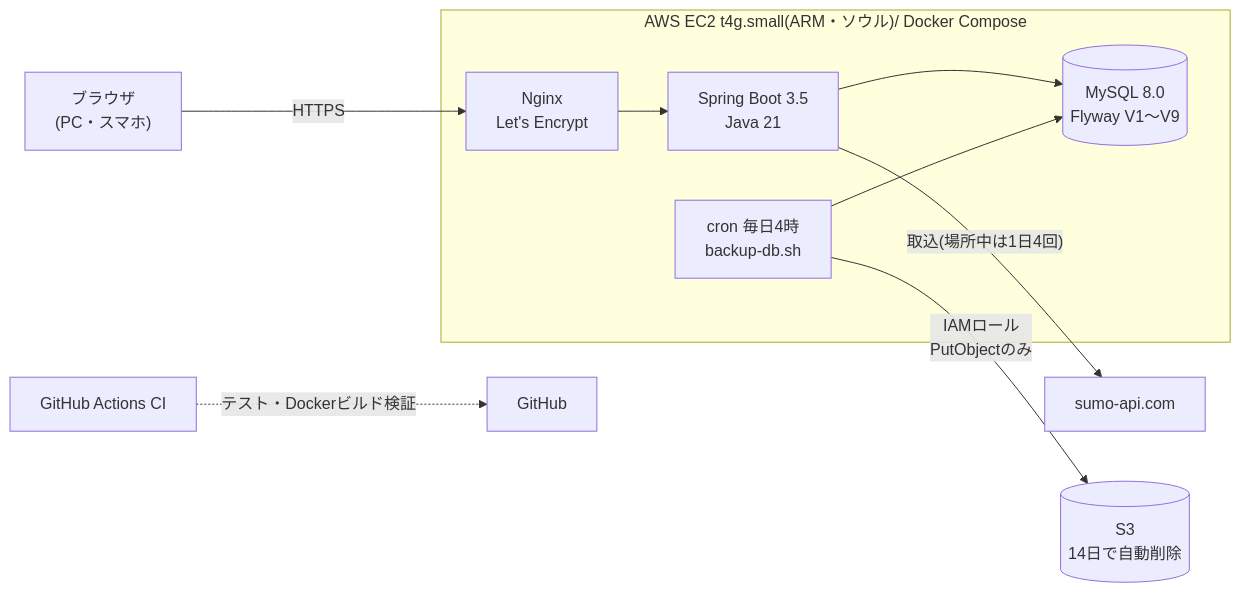
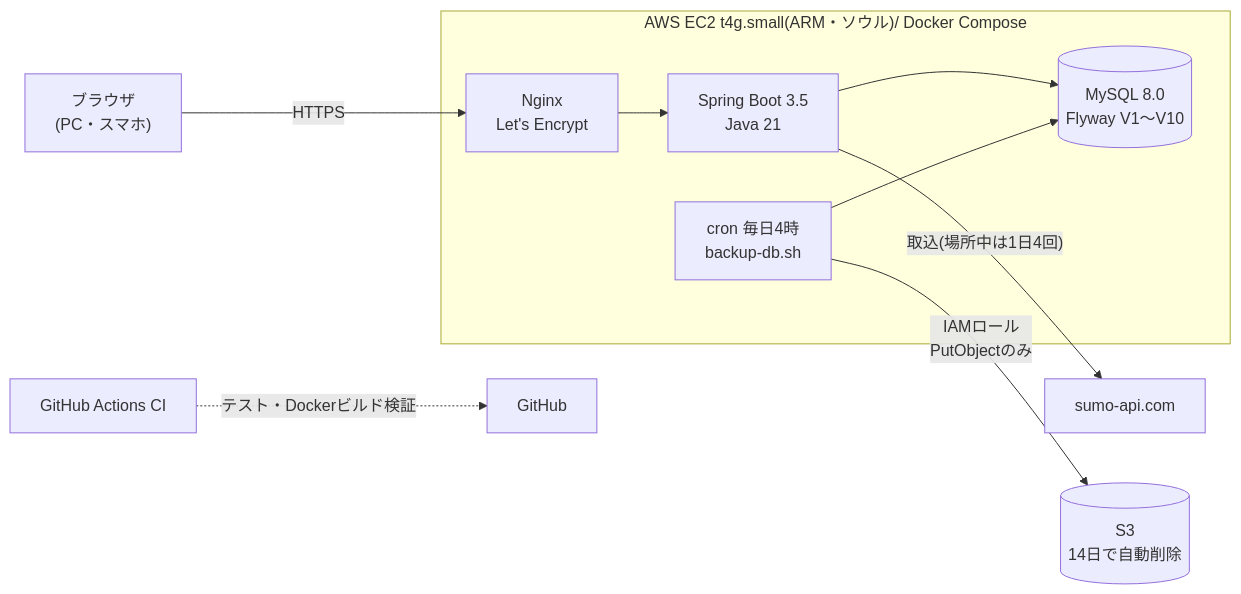
Before and after one commit to genuinekumquat/sumoarchive: the diagram in README.ja.md, drawn with Mermaid. The commit also changed 6 other files, not shown here.

````diff
--- a/README.ja.md
+++ b/README.ja.md
@@ -74,12 +74,12 @@
 ```mermaid
 flowchart LR
     U["ブラウザ<br/>(PC・スマホ)"] -- "HTTPS" --> N
     subgraph EC2["AWS EC2 t4g.small(ARM・ソウル)/ Docker Compose"]
         N["Nginx<br/>Let's Encrypt"] --> A["Spring Boot 3.5<br/>Java 21"]
-        A --> D[("MySQL 8.0<br/>Flyway V1〜V9")]
+        A --> D[("MySQL 8.0<br/>Flyway V1〜V10")]
         B["cron 毎日4時<br/>backup-db.sh"] --> D
     end
     A -- "取込(場所中は1日4回)" --> S["sumo-api.com"]
     B -- "IAMロール<br/>PutObjectのみ" --> S3[("S3<br/>14日で自動削除")]
     G["GitHub Actions CI"] -. "テスト・Dockerビルド検証" .-> R["GitHub"]
 ```
````
